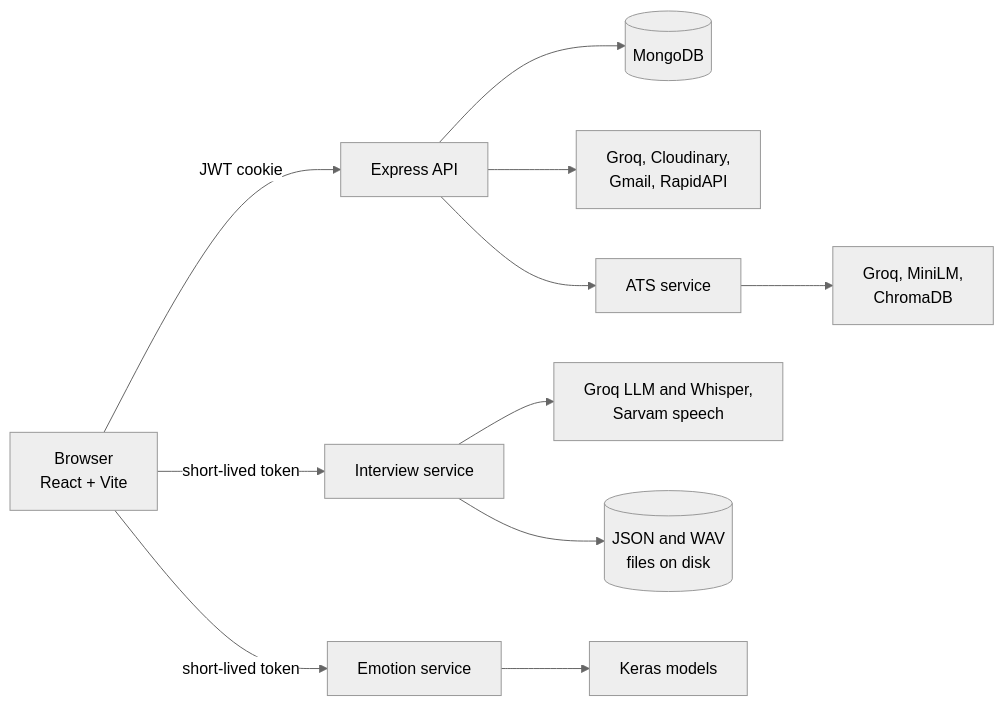
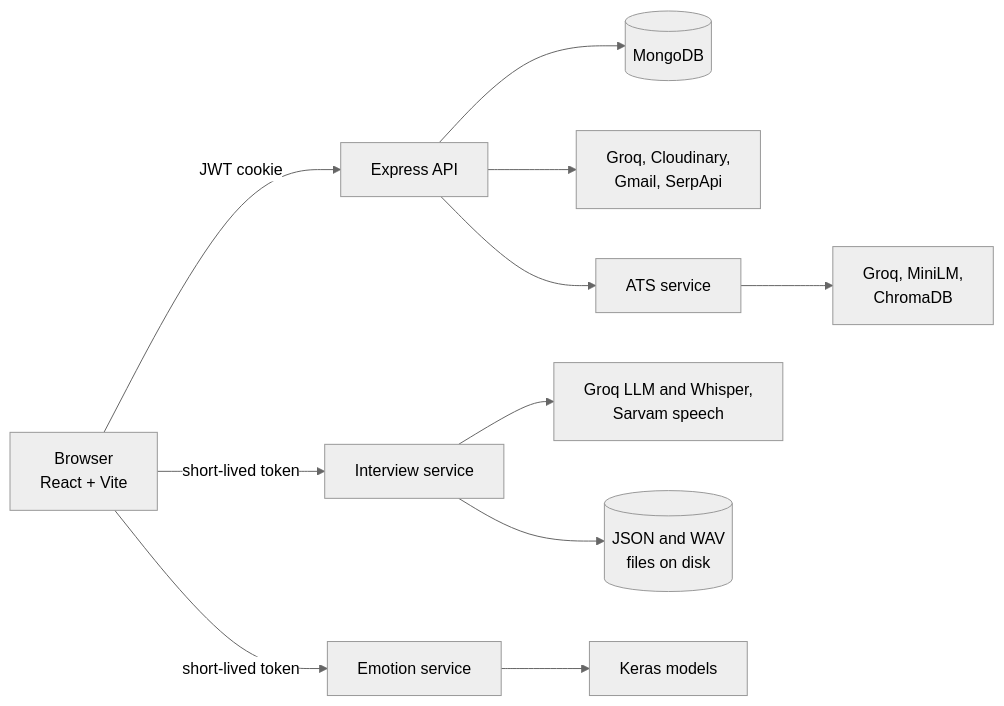
The first of 2 diagrams in README.md (LekhNayak/InterviewMate-AI_Mock_Interview_Platform), drawn with Mermaid (neutral theme) before and after one commit. The commit also changed other lines of this file and 11 other files, not shown here.

Commit message:
feat: find jobs through Google for Jobs (SerpApi) with Himalayas as fallback

````diff
--- a/README.md
+++ b/README.md
@@ -66,16 +66,16 @@
 ```mermaid
 flowchart LR
     browser["Browser<br/>React + Vite"]
 
     browser -->|"JWT cookie"| api["Express API"]
     browser -->|"short-lived token"| interview["Interview service"]
     browser -->|"short-lived token"| emotion["Emotion service"]
 
     api --> mongo[("MongoDB")]
-    api --> ext["Groq, Cloudinary,<br/>Gmail, RapidAPI"]
+    api --> ext["Groq, Cloudinary,<br/>Gmail, SerpApi"]
     api --> ats["ATS service"]
     ats --> atsx["Groq, MiniLM,<br/>ChromaDB"]
     interview --> ai["Groq LLM and Whisper,<br/>Sarvam speech"]
     interview --> disk[("JSON and WAV<br/>files on disk")]
     emotion --> keras["Keras models"]
 ```
````
